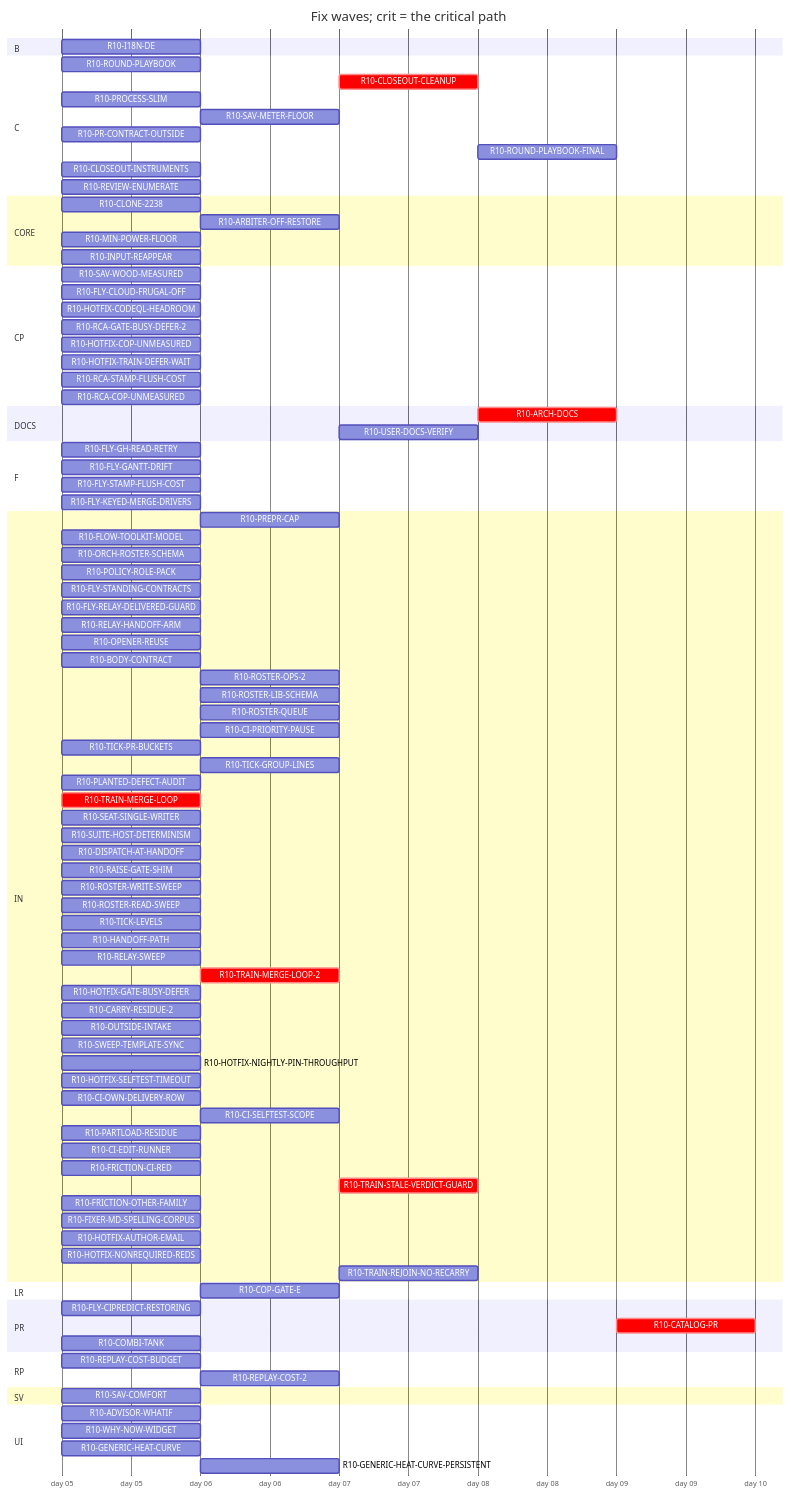
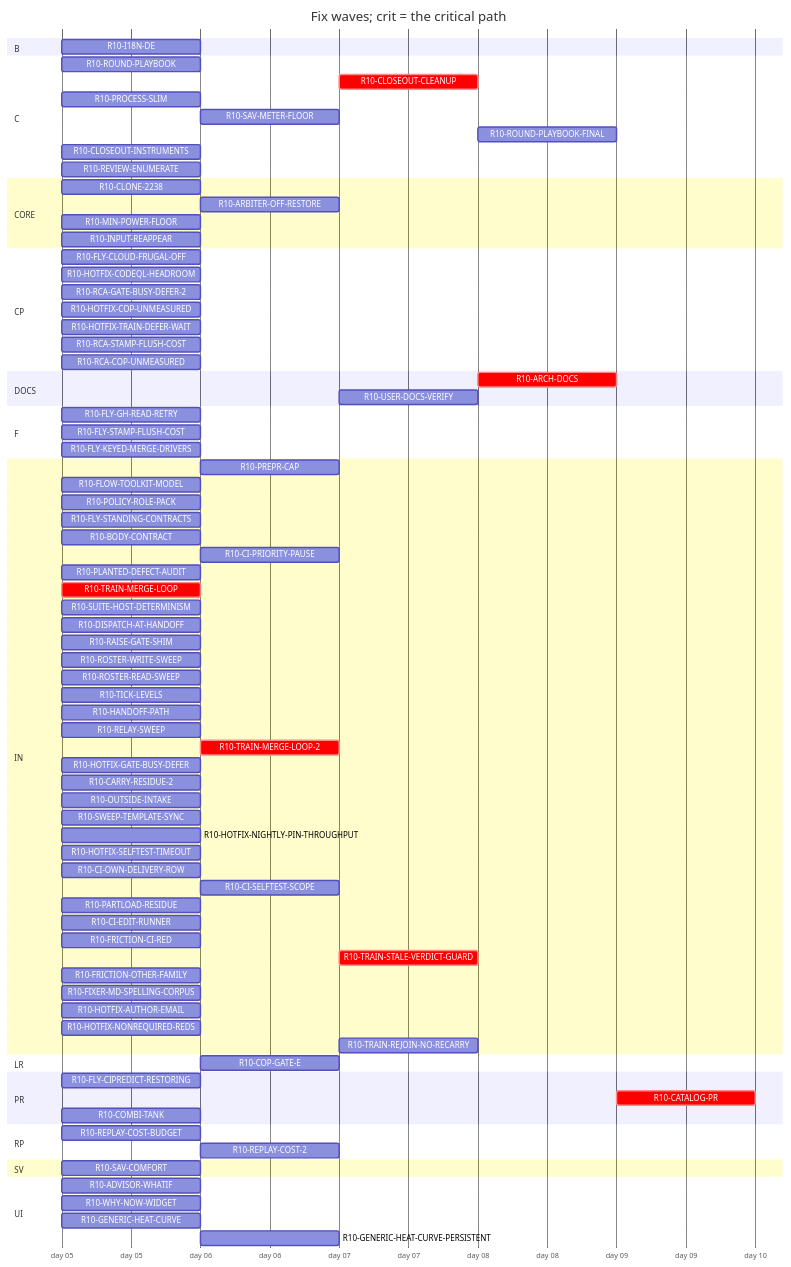
One commit to tvofi/heatpump_optimizer changed the diagram in handoff/round10/state/PLAN-TABLE.md. Above: the diagram before and after it, drawn with Mermaid. The commit also changed other lines of this file and 4 other files, not shown here.

Commit message:
state: FLOW-BOARD.md, NEXT-SESSION-PROMPT.md, PLAN-TABLE.md, PLAN.html, RESUME-CURRENT.md regenerated (state_docs.py)

```diff
--- a/handoff/round10/state/PLAN-TABLE.md
+++ b/handoff/round10/state/PLAN-TABLE.md
@@ -34,7 +34,6 @@
     R10-CLOSEOUT-CLEANUP :crit, r10CLOSEOUTCLEANUP, after r10ARCHDOCS r10USERDOCSVERIFY r10ROUNDPLAYBOOKFINAL r10CLOSEOUTINSTRUMENTS r10RCAGATEBUSYDEFER2 r10RCASTAMPFLUSHCOST r10RCACOPUNMEASURED r10FRICTIONCIRED r10FRICTIONOTHERFAMILY, 1d
     R10-PROCESS-SLIM :r10PROCESSSLIM, 2026-01-05, 1d
     R10-SAV-METER-FLOOR :r10SAVMETERFLOOR, after r10SAVCOMFORT, 1d
-    R10-PR-CONTRACT-OUTSIDE :r10PRCONTRACTOUTSIDE, 2026-01-05, 1d
     R10-ROUND-PLAYBOOK-FINAL :r10ROUNDPLAYBOOKFINAL, after r10PREPRCAP r10HANDOFFPATH r10RELAYSWEEP r10TRAINMERGELOOP r10DISPATCHATHANDOFF r10BODYCONTRACT r10TICKLEVELS r10CIPRIORITYPAUSE r10ROSTERWRITESWEEP r10ROSTERREADSWEEP r10FLYSTANDINGCONTRACTS r10POLICYROLEPACK r10FLOWTOOLKITMODEL r10FLYCIPREDICTRESTORING r10RAISEGATESHIM r10PLANTEDDEFECTAUDIT r10FLYGHREADRETRY r10SUITEHOSTDETERMINISM r10ROUNDPLAYBOOK r10PROCESSSLIM r10TRAINMERGELOOP2 r10HOTFIXGATEBUSYDEFER r10CARRYRESIDUE2 r10REPLAYCOST2 r10HOTFIXCODEQLHEADROOM r10OUTSIDEINTAKE r10SWEEPTEMPLATESYNC r10HOTFIXNIGHTLYPINTHROUGHPUT r10HOTFIXSELFTESTTIMEOUT r10FLYSTAMPFLUSHCOST r10HOTFIXTRAINDEFERWAIT r10CIOWNDELIVERYROW r10CISELFTESTSCOPE r10CIEDITRUNNER r10TRAINSTALEVERDICTGUARD r10CLOSEOUTINSTRUMENTS r10FRICTIONCIRED r10FRICTIONOTHERFAMILY r10FIXERMDSPELLINGCORPUS, 1d
     R10-CLOSEOUT-INSTRUMENTS :r10CLOSEOUTINSTRUMENTS, 2026-01-05, 1d
     R10-REVIEW-ENUMERATE :r10REVIEWENUMERATE, 2026-01-05, 1d
@@ -44,7 +43,6 @@
     R10-MIN-POWER-FLOOR :r10MINPOWERFLOOR, 2026-01-05, 1d
     R10-INPUT-REAPPEAR :r10INPUTREAPPEAR, 2026-01-05, 1d
   section CP
-    R10-SAV-WOOD-MEASURED :r10SAVWOODMEASURED, 2026-01-05, 1d
     R10-FLY-CLOUD-FRUGAL-OFF :r10FLYCLOUDFRUGALOFF, 2026-01-05, 1d
     R10-HOTFIX-CODEQL-HEADROOM :r10HOTFIXCODEQLHEADROOM, 2026-01-05, 1d
     R10-RCA-GATE-BUSY-DEFER-2 :r10RCAGATEBUSYDEFER2, 2026-01-05, 1d
@@ -57,28 +55,17 @@
     R10-USER-DOCS-VERIFY :r10USERDOCSVERIFY, after r10CLONE2238 r10SAVCOMFORT r10WHYNOWWIDGET r10ADVISORWHATIF r10SAVMETERFLOOR r10HOTFIXCOPUNMEASURED r10COPGATEE r10PARTLOADRESIDUE r10I18NDE r10GENERICHEATCURVE r10GENERICHEATCURVEPERSISTENT r10ARBITEROFFRESTORE r10COMBITANK r10MINPOWERFLOOR r10INPUTREAPPEAR, 1d
   section F
     R10-FLY-GH-READ-RETRY :r10FLYGHREADRETRY, 2026-01-05, 1d
-    R10-FLY-GANTT-DRIFT :r10FLYGANTTDRIFT, 2026-01-05, 1d
     R10-FLY-STAMP-FLUSH-COST :r10FLYSTAMPFLUSHCOST, 2026-01-05, 1d
     R10-FLY-KEYED-MERGE-DRIVERS :r10FLYKEYEDMERGEDRIVERS, 2026-01-05, 1d
   section IN
     R10-PREPR-CAP :r10PREPRCAP, after r10PROCESSSLIM, 1d
     R10-FLOW-TOOLKIT-MODEL :r10FLOWTOOLKITMODEL, 2026-01-05, 1d
-    R10-ORCH-ROSTER-SCHEMA :r10ORCHROSTERSCHEMA, 2026-01-05, 1d
     R10-POLICY-ROLE-PACK :r10POLICYROLEPACK, 2026-01-05, 1d
     R10-FLY-STANDING-CONTRACTS :r10FLYSTANDINGCONTRACTS, 2026-01-05, 1d
-    R10-FLY-RELAY-DELIVERED-GUARD :r10FLYRELAYDELIVEREDGUARD, 2026-01-05, 1d
-    R10-RELAY-HANDOFF-ARM :r10RELAYHANDOFFARM, 2026-01-05, 1d
-    R10-OPENER-REUSE :r10OPENERREUSE, 2026-01-05, 1d
     R10-BODY-CONTRACT :r10BODYCONTRACT, 2026-01-05, 1d
-    R10-ROSTER-OPS-2 :r10ROSTEROPS2, after r10ORCHROSTERSCHEMA, 1d
-    R10-ROSTER-LIB-SCHEMA :r10ROSTERLIBSCHEMA, after r10ORCHROSTERSCHEMA, 1d
-    R10-ROSTER-QUEUE :r10ROSTERQUEUE, after r10ORCHROSTERSCHEMA, 1d
     R10-CI-PRIORITY-PAUSE :r10CIPRIORITYPAUSE, after r10TICKLEVELS, 1d
-    R10-TICK-PR-BUCKETS :r10TICKPRBUCKETS, 2026-01-05, 1d
-    R10-TICK-GROUP-LINES :r10TICKGROUPLINES, after r10ORCHROSTERSCHEMA, 1d
     R10-PLANTED-DEFECT-AUDIT :r10PLANTEDDEFECTAUDIT, 2026-01-05, 1d
     R10-TRAIN-MERGE-LOOP :crit, r10TRAINMERGELOOP, 2026-01-05, 1d
-    R10-SEAT-SINGLE-WRITER :r10SEATSINGLEWRITER, 2026-01-05, 1d
     R10-SUITE-HOST-DETERMINISM :r10SUITEHOSTDETERMINISM, 2026-01-05, 1d
     R10-DISPATCH-AT-HANDOFF :r10DISPATCHATHANDOFF, 2026-01-05, 1d
     R10-RAISE-GATE-SHIM :r10RAISEGATESHIM, 2026-01-05, 1d
```
